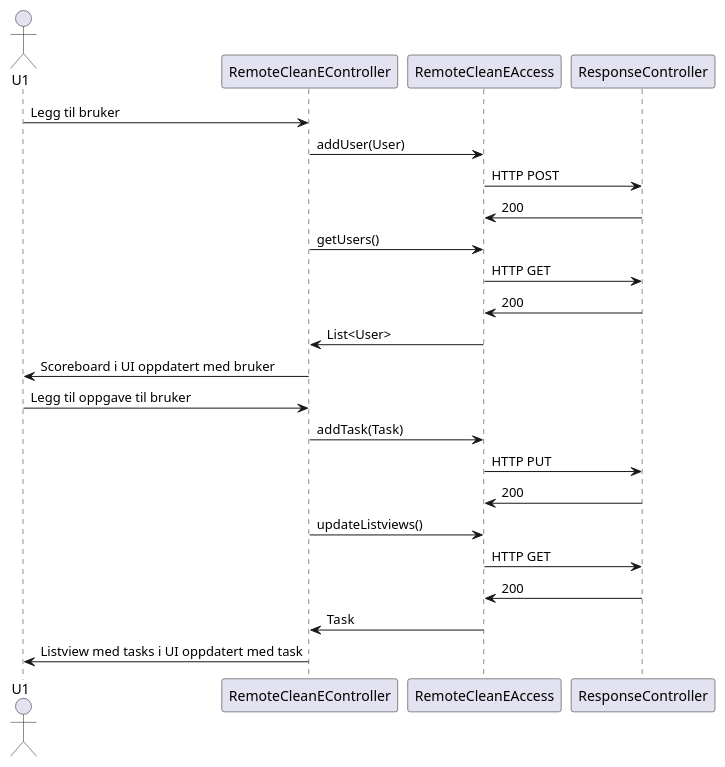
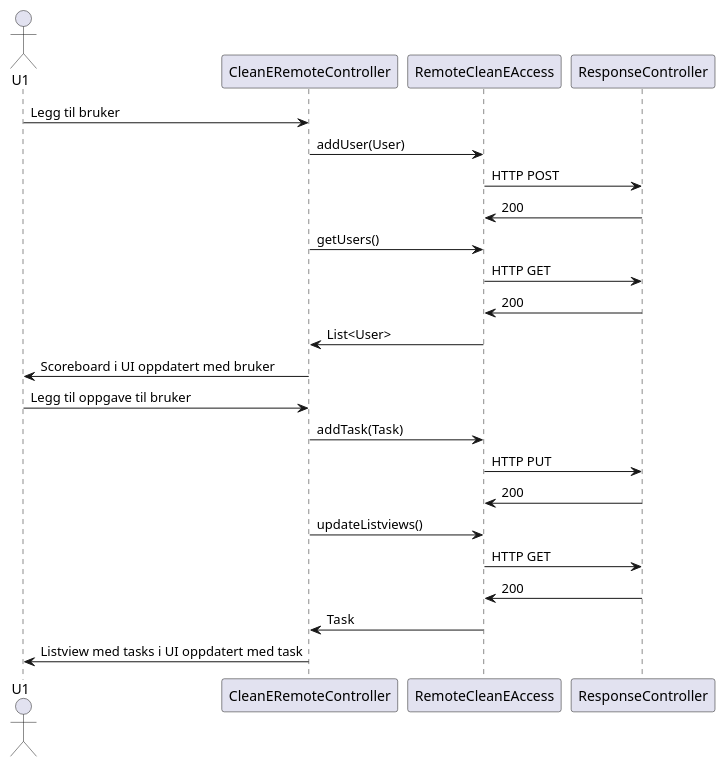
The diagram in docs/diagrammer/release3_sekvensdiagram.puml (bcfogale/IT1901-Project), drawn with PlantUML before and after one commit. The commit also changed 3 other files, not shown here.

Commit message:
Issue #48: Endret noe tekst og oppdatert diagram med riktig navn.

```diff
--- a/docs/diagrammer/release3_sekvensdiagram.puml
+++ b/docs/diagrammer/release3_sekvensdiagram.puml
@@ -1,26 +1,26 @@
 @startuml diagram
 
 actor U1
 
-U1 -> RemoteCleanEController: Legg til bruker
-RemoteCleanEController -> RemoteCleanEAccess: addUser(User)
+U1 -> CleanERemoteController: Legg til bruker
+CleanERemoteController -> RemoteCleanEAccess: addUser(User)
 RemoteCleanEAccess -> ResponseController: HTTP POST
 ResponseController -> RemoteCleanEAccess: 200
-RemoteCleanEController -> RemoteCleanEAccess: getUsers()
+CleanERemoteController -> RemoteCleanEAccess: getUsers()
 RemoteCleanEAccess -> ResponseController: HTTP GET
 ResponseController -> RemoteCleanEAccess: 200
-RemoteCleanEAccess -> RemoteCleanEController: List<User>
-RemoteCleanEController -> U1: Scoreboard i UI oppdatert med bruker
+RemoteCleanEAccess -> CleanERemoteController: List<User>
+CleanERemoteController -> U1: Scoreboard i UI oppdatert med bruker
 
-U1 -> RemoteCleanEController: Legg til oppgave til bruker
-RemoteCleanEController -> RemoteCleanEAccess: addTask(Task)
+U1 -> CleanERemoteController: Legg til oppgave til bruker
+CleanERemoteController -> RemoteCleanEAccess: addTask(Task)
 RemoteCleanEAccess -> ResponseController: HTTP PUT
 ResponseController -> RemoteCleanEAccess: 200
-RemoteCleanEController -> RemoteCleanEAccess: updateListviews()
+CleanERemoteController -> RemoteCleanEAccess: updateListviews()
 RemoteCleanEAccess -> ResponseController: HTTP GET
 ResponseController -> RemoteCleanEAccess: 200
-RemoteCleanEAccess -> RemoteCleanEController: Task
-RemoteCleanEController -> U1: Listview med tasks i UI oppdatert med task
+RemoteCleanEAccess -> CleanERemoteController: Task
+CleanERemoteController -> U1: Listview med tasks i UI oppdatert med task
 
 
 @enduml
```
